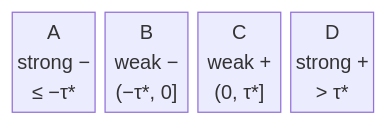
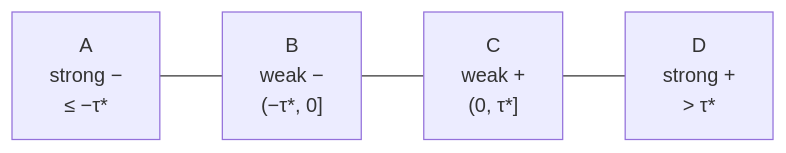
The first of 4 diagrams in DESIGN.md (devlux76/q2), drawn with Mermaid before and after one commit. The commit also changed other lines of this file and 1 other file, not shown here.

First line of the commit message:
docs: fix LaTeX errors, broken Mermaid diagrams, and add bitmask explanation (#14)

````diff
--- a/DESIGN.md
+++ b/DESIGN.md
@@ -355,8 +355,4 @@
 ```mermaid
-block-beta
-  columns 4
-  A["A\nstrong −\n≤ −τ*"]:1
-  B["B\nweak −\n(−τ*, 0]"]:1
-  C["C\nweak +\n(0, τ*]"]:1
-  D["D\nstrong +\n> τ*"]:1
+graph LR
+    A["A\nstrong −\n≤ −τ*"] --- B["B\nweak −\n(−τ*, 0]"] --- C["C\nweak +\n(0, τ*]"] --- D["D\nstrong +\n> τ*"]
 ```
````
